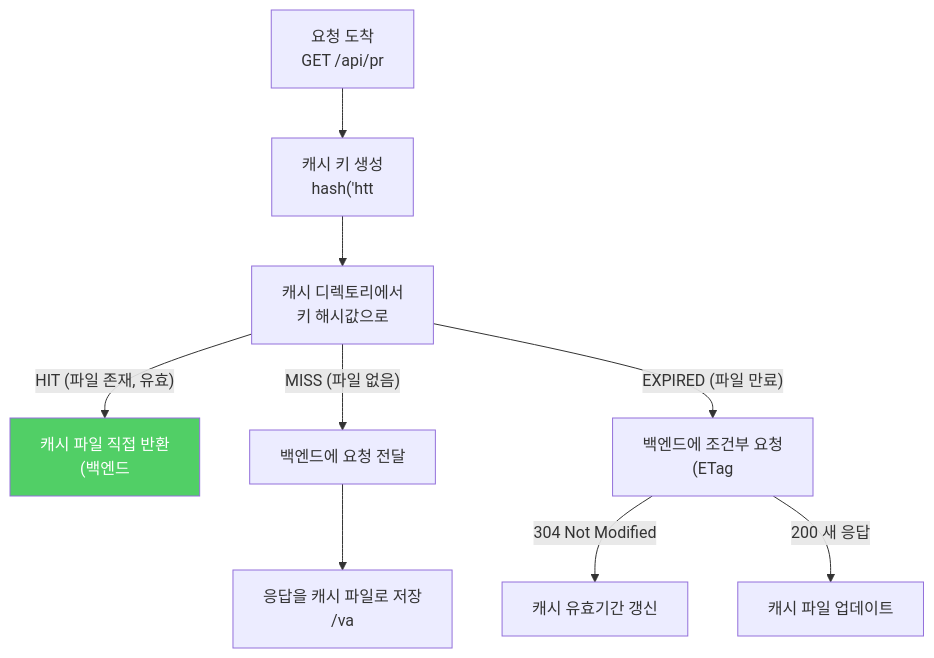
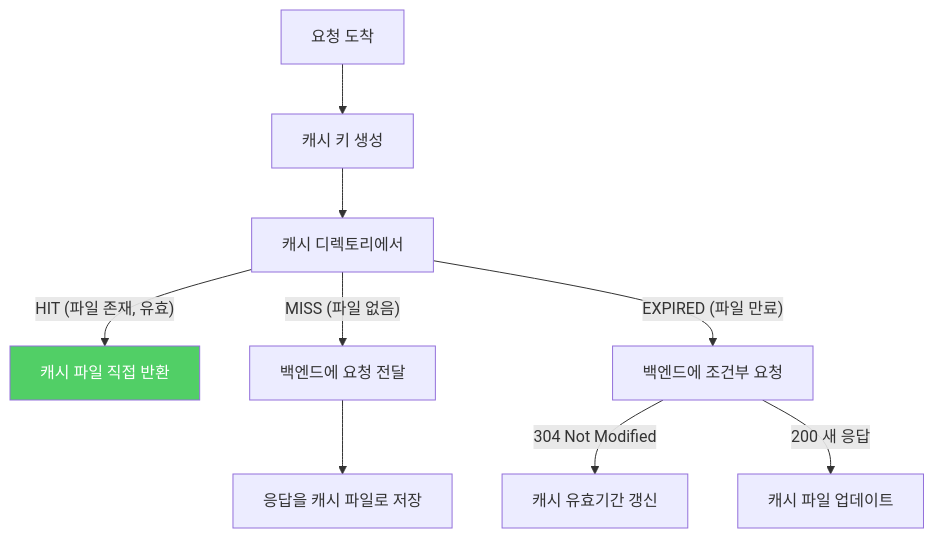
One commit to yjkim2015/yjkim2015.github.io changed diagram 14 of 18 in _posts/server/2026-05-01-nginx.md. Above: the diagram before and after it, drawn with Mermaid. The commit also changed other lines of this file and 217 other files, not shown here.

First line of the commit message:
Mermaid 크기 수정: useMaxWidth:true + SVG max-width:100% + 라벨 축소

````diff
--- a/_posts/server/2026-05-01-nginx.md
+++ b/_posts/server/2026-05-01-nginx.md
@@ -626,12 +626,12 @@
 ```mermaid
 graph TD
-    REQUEST["요청 도착\nGET /api/pr"] --> KEYGEN["캐시 키 생성\nhash('htt"]
-    KEYGEN --> LOOKUP["캐시 디렉토리에서\n키 해시값으로"]
-    LOOKUP -->|"HIT (파일 존재, 유효)"| SERVE["캐시 파일 직접 반환\n(백엔드"]
+    REQUEST["요청 도착"] --> KEYGEN["캐시 키 생성"]
+    KEYGEN --> LOOKUP["캐시 디렉토리에서"]
+    LOOKUP -->|"HIT (파일 존재, 유효)"| SERVE["캐시 파일 직접 반환"]
     LOOKUP -->|"MISS (파일 없음)"| BACKEND["백엔드에 요청 전달"]
-    LOOKUP -->|"EXPIRED (파일 만료)"| REVALIDATE["백엔드에 조건부 요청\n(ETag"]
-    BACKEND --> STORE["응답을 캐시 파일로 저장\n/va"]
+    LOOKUP -->|"EXPIRED (파일 만료)"| REVALIDATE["백엔드에 조건부 요청"]
+    BACKEND --> STORE["응답을 캐시 파일로 저장"]
     REVALIDATE -->|"304 Not Modified"| REFRESH["캐시 유효기간 갱신"]
     REVALIDATE -->|"200 새 응답"| UPDATE["캐시 파일 업데이트"]
     style SERVE fill:#51cf66,color:#fff
 ```
````
